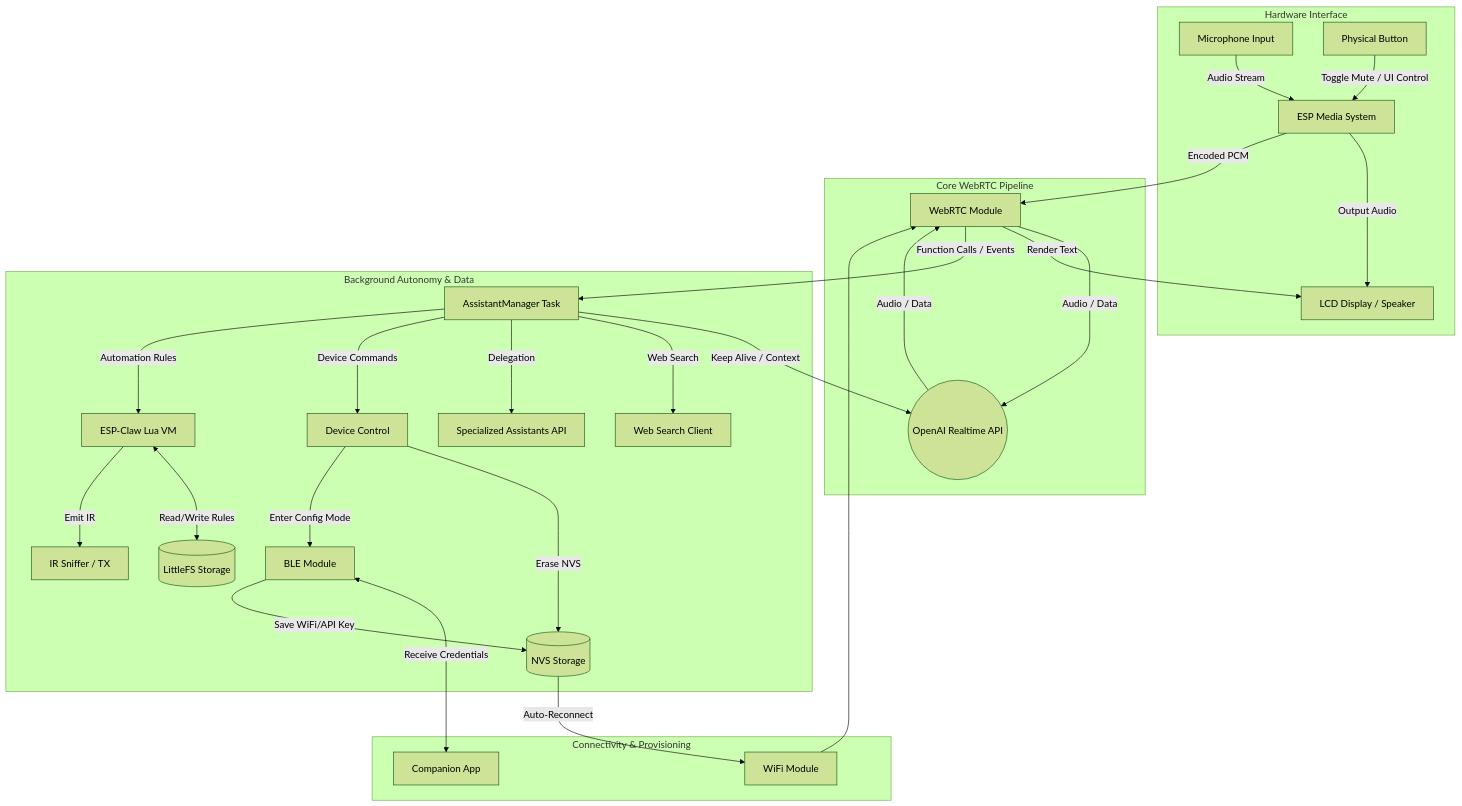
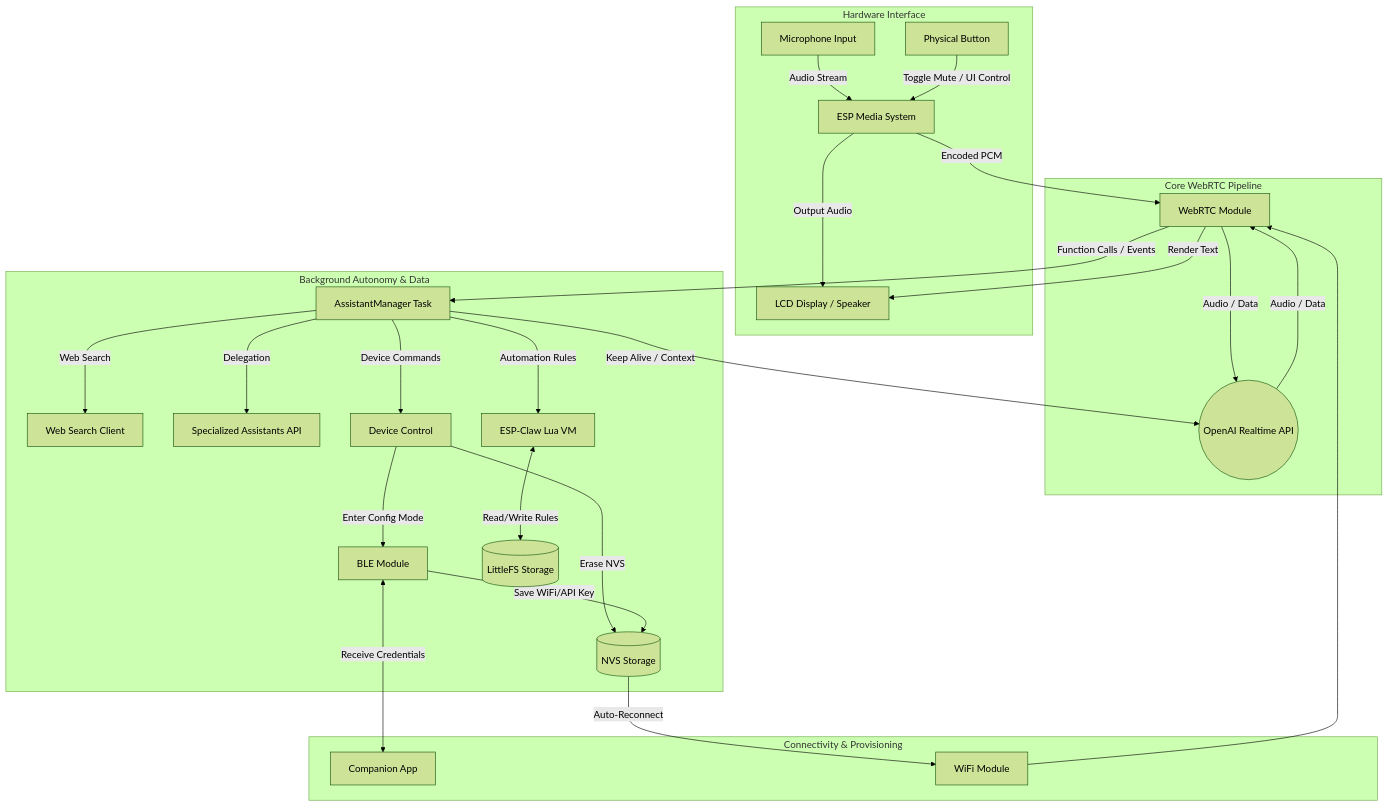
The diagram in README.md (lmartinez51/esp32s3-camila), drawn with Mermaid (forest theme) before and after one commit. The commit also changed other lines of this file and 1 other file, not shown here.

````diff
--- a/README.md
+++ b/README.md
@@ -52,37 +46,36 @@
 ```mermaid
 flowchart TD
     subgraph Hardware Interface
         A[Microphone Input] -->|Audio Stream| B[ESP Media System]
         E[LCD Display / Speaker]
         F[Physical Button]
         B -->|Output Audio| E
     end
 
     subgraph Core WebRTC Pipeline
         B -->|Encoded PCM| C[WebRTC Module]
         C -->|Audio / Data| D((OpenAI Realtime API))
         D -->|Audio / Data| C
         C -->|Render Text| E
         F -->|Toggle Mute / UI Control| B
     end
 
     subgraph Background Autonomy & Data
         C -->|Function Calls / Events| G[AssistantManager Task]
         G -->|Keep Alive / Context| D
         G -->|Web Search| WS[Web Search Client]
         G -->|Delegation| SA[Specialized Assistants API]
         G -->|Device Commands| HC[Device Control]
         HC -->|Erase NVS| NVS[(NVS Storage)]
         HC -->|Enter Config Mode| BLE[BLE Module]
         G -->|Automation Rules| LUA[ESP-Claw Lua VM]
         LUA <-->|Read/Write Rules| LFS[(LittleFS Storage)]
-        LUA -->|Emit IR| IR[IR Sniffer / TX]
-    end
+            end
 
     subgraph Connectivity & Provisioning
         BLE <-->|Receive Credentials| App[Companion App]
         BLE -->|Save WiFi/API Key| NVS
         NVS -->|Auto-Reconnect| WiFi[WiFi Module]
         WiFi --> C
     end
 ```
````
